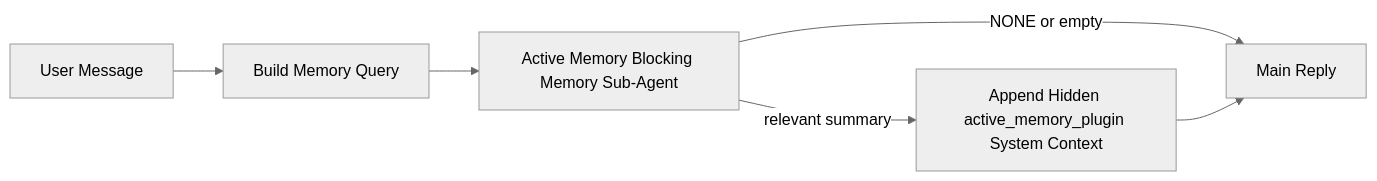
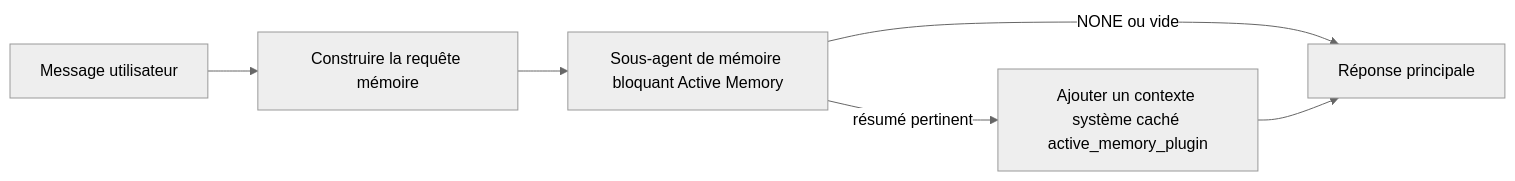
The diagram in docs/fr/concepts/active-memory.md (daichangya/openclaw-docs), drawn with Mermaid (neutral theme) before and after one commit. The commit also changed other lines of this file and 440 other files, not shown here.

````diff
--- a/docs/fr/concepts/active-memory.md
+++ b/docs/fr/concepts/active-memory.md
@@ -307,8 +304,8 @@
 ```mermaid
 flowchart LR
-  U["User Message"] --> Q["Build Memory Query"]
-  Q --> R["Active Memory Blocking Memory Sub-Agent"]
-  R -->|NONE or empty| M["Main Reply"]
-  R -->|relevant summary| I["Append Hidden active_memory_plugin System Context"]
-  I --> M["Main Reply"]
+  U["Message utilisateur"] --> Q["Construire la requête mémoire"]
+  Q --> R["Sous-agent de mémoire bloquant Active Memory"]
+  R -->|NONE ou vide| M["Réponse principale"]
+  R -->|résumé pertinent| I["Ajouter un contexte système caché active_memory_plugin"]
+  I --> M["Réponse principale"]
 ```
````
